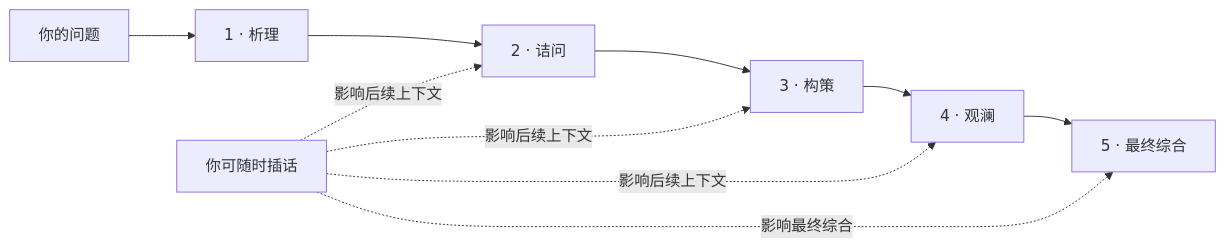
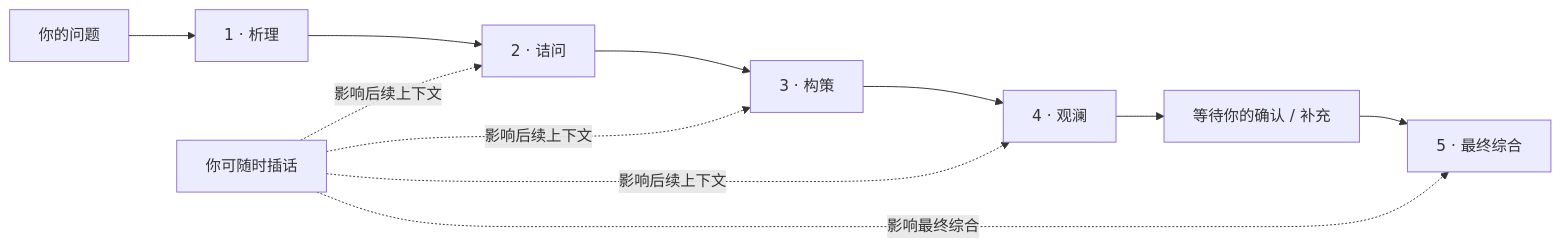
One commit to loveramarois-byte/council-lab changed the diagram in README.md. Above: the diagram before and after it, drawn with Mermaid. The commit also changed other lines of this file and 28 other files, not shown here.

````diff
--- a/README.md
+++ b/README.md
@@ -76,12 +81,13 @@
 ```mermaid
 flowchart LR
     Q["你的问题"] --> A["1 · 析理"]
     A --> B["2 · 诘问"]
     B --> C["3 · 构策"]
     C --> D["4 · 观澜"]
-    D --> S["5 · 最终综合"]
+    D --> H["等待你的确认 / 补充"]
+    H --> S["5 · 最终综合"]
     U["你可随时插话"] -.影响后续上下文.-> B
     U -.影响后续上下文.-> C
     U -.影响后续上下文.-> D
     U -.影响最终综合.-> S
 ```
````
